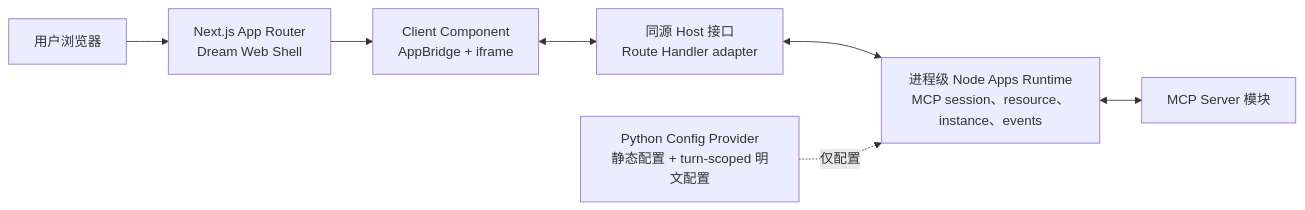
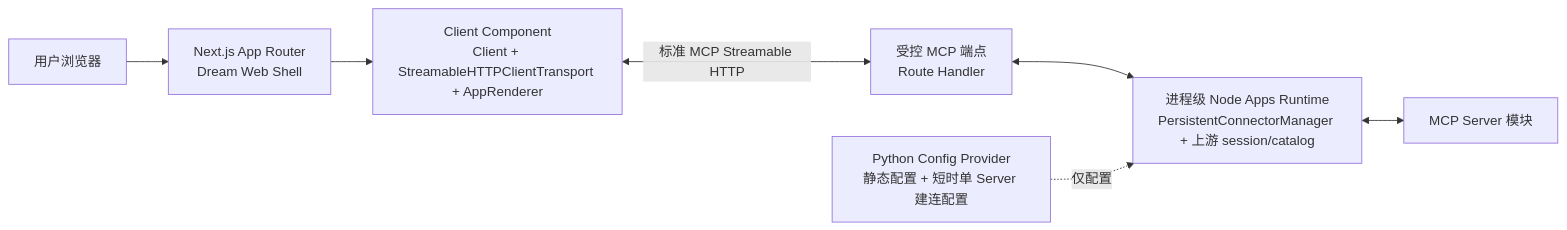
Before and after one commit to glide-the/im-dream: the first of 2 diagrams in docs/design/claude-agent/dream-frontend-node-framework-migration-assessment.md, drawn with Mermaid. The commit also changed other lines of this file and 7 other files, not shown here.

Commit message:
docs: converge MCP Apps host design

````diff
--- a/docs/design/claude-agent/dream-frontend-node-framework-migration-assessment.md
+++ b/docs/design/claude-agent/dream-frontend-node-framework-migration-assessment.md
@@ -62,9 +65,9 @@
 ```mermaid
 flowchart LR
     USER["用户浏览器"] --> WEB["Next.js App Router<br/>Dream Web Shell"]
-    WEB --> RUNTIME["Client Component<br/>AppBridge + iframe"]
-    RUNTIME <--> ADAPTER["同源 Host 接口<br/>Route Handler adapter"]
-    ADAPTER <--> NODE["进程级 Node Apps Runtime<br/>MCP session、resource、instance、events"]
+    WEB --> RUNTIME["Client Component<br/>Client + StreamableHTTPClientTransport + AppRenderer"]
+    RUNTIME <-->|"标准 MCP Streamable HTTP"| ADAPTER["受控 MCP 端点<br/>Route Handler"]
+    ADAPTER <--> NODE["进程级 Node Apps Runtime<br/>PersistentConnectorManager + 上游 session/catalog"]
     NODE <--> MCP["MCP Server 模块"]
-    PY["Python Config Provider<br/>静态配置 + turn-scoped 明文配置"] -."仅配置".-> NODE
+    PY["Python Config Provider<br/>静态配置 + 短时单 Server 建连配置"] -."仅配置".-> NODE
 ```
````
